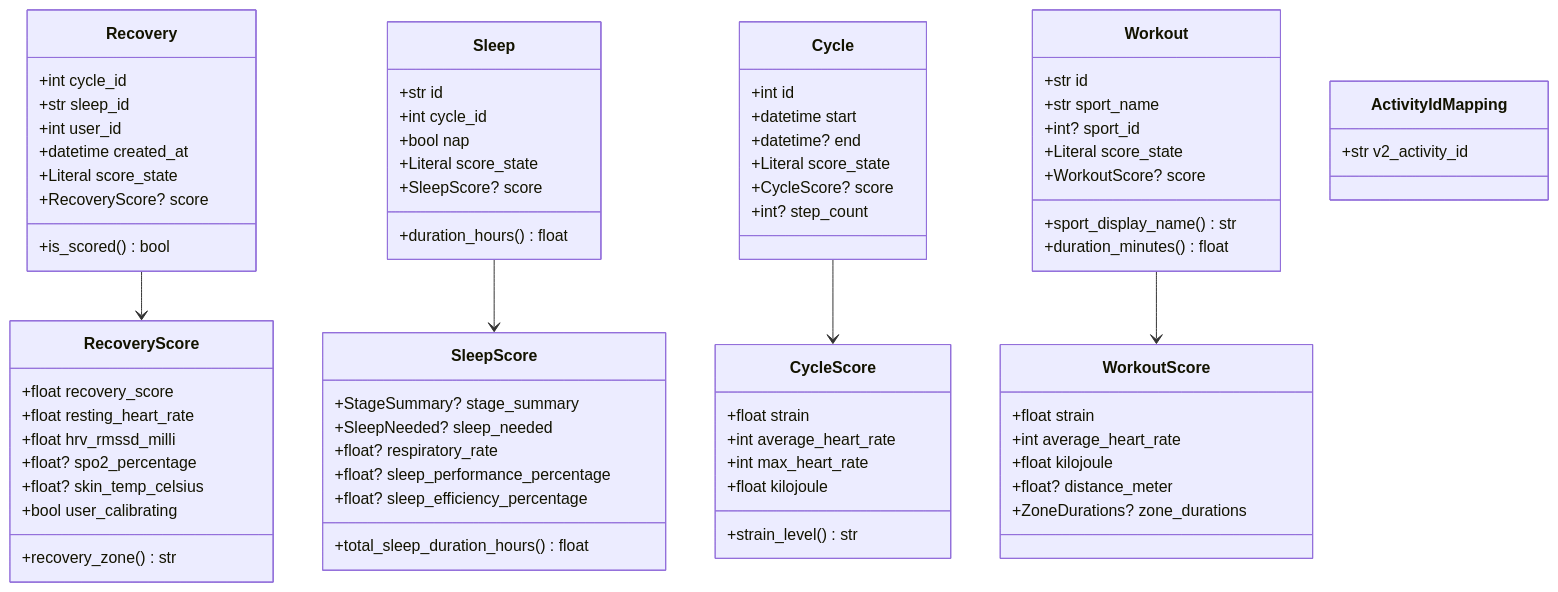
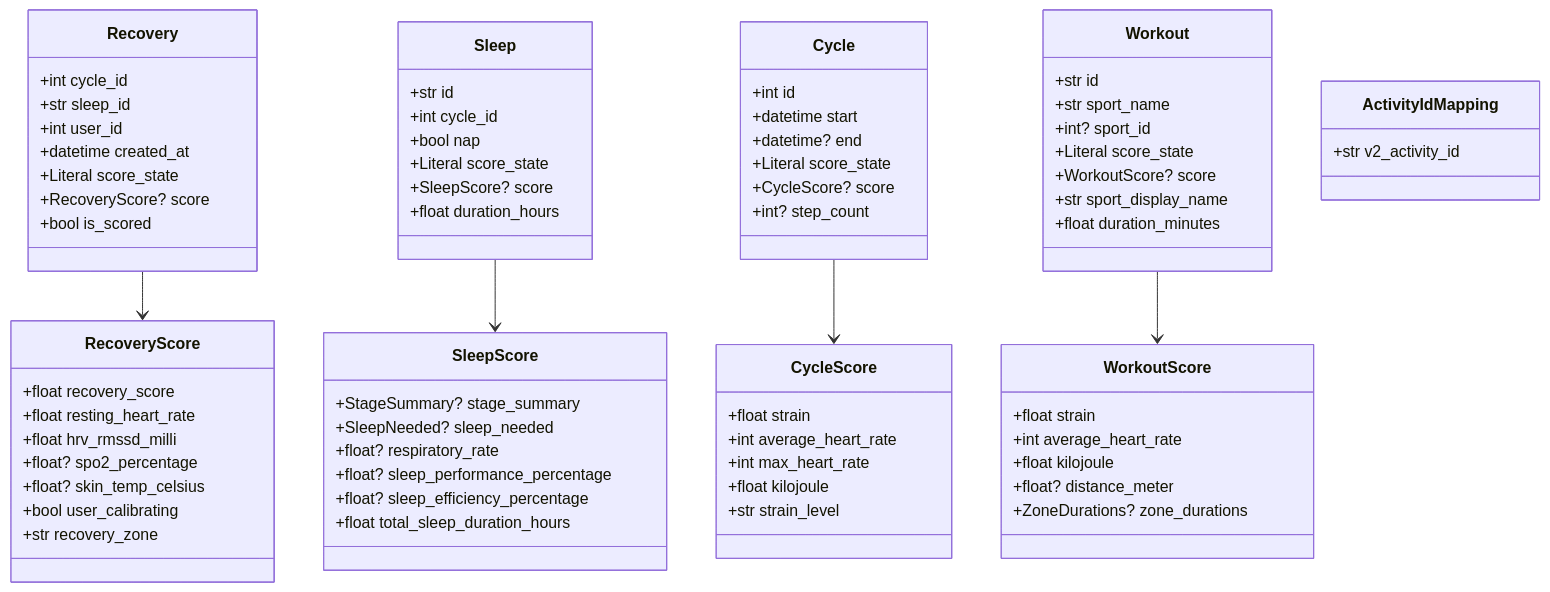
The fifth of 6 diagrams in README.md (ponderrr/whoopyy), drawn with Mermaid before and after one commit. The commit also changed other lines of this file, not shown here.

```diff
--- a/README.md
+++ b/README.md
@@ -488,7 +496,7 @@
         +datetime created_at
         +Literal score_state
         +RecoveryScore? score
-        +is_scored() bool
+        +bool is_scored
     }
 
     class RecoveryScore {
@@ -498,7 +506,7 @@
         +float? spo2_percentage
         +float? skin_temp_celsius
         +bool user_calibrating
-        +recovery_zone() str
+        +str recovery_zone
     }
 
     class Sleep {
@@ -507,7 +515,7 @@
         +bool nap
         +Literal score_state
         +SleepScore? score
-        +duration_hours() float
+        +float duration_hours
     }
 
     class SleepScore {
@@ -516,7 +524,7 @@
         +float? respiratory_rate
         +float? sleep_performance_percentage
         +float? sleep_efficiency_percentage
-        +total_sleep_duration_hours() float
+        +float total_sleep_duration_hours
     }
 
     class Cycle {
@@ -533,7 +541,7 @@
         +int average_heart_rate
         +int max_heart_rate
         +float kilojoule
-        +strain_level() str
+        +str strain_level
     }
 
     class Workout {
@@ -542,8 +550,8 @@
         +int? sport_id
         +Literal score_state
         +WorkoutScore? score
-        +sport_display_name() str
-        +duration_minutes() float
+        +str sport_display_name
+        +float duration_minutes
     }
 
     class WorkoutScore {
```
